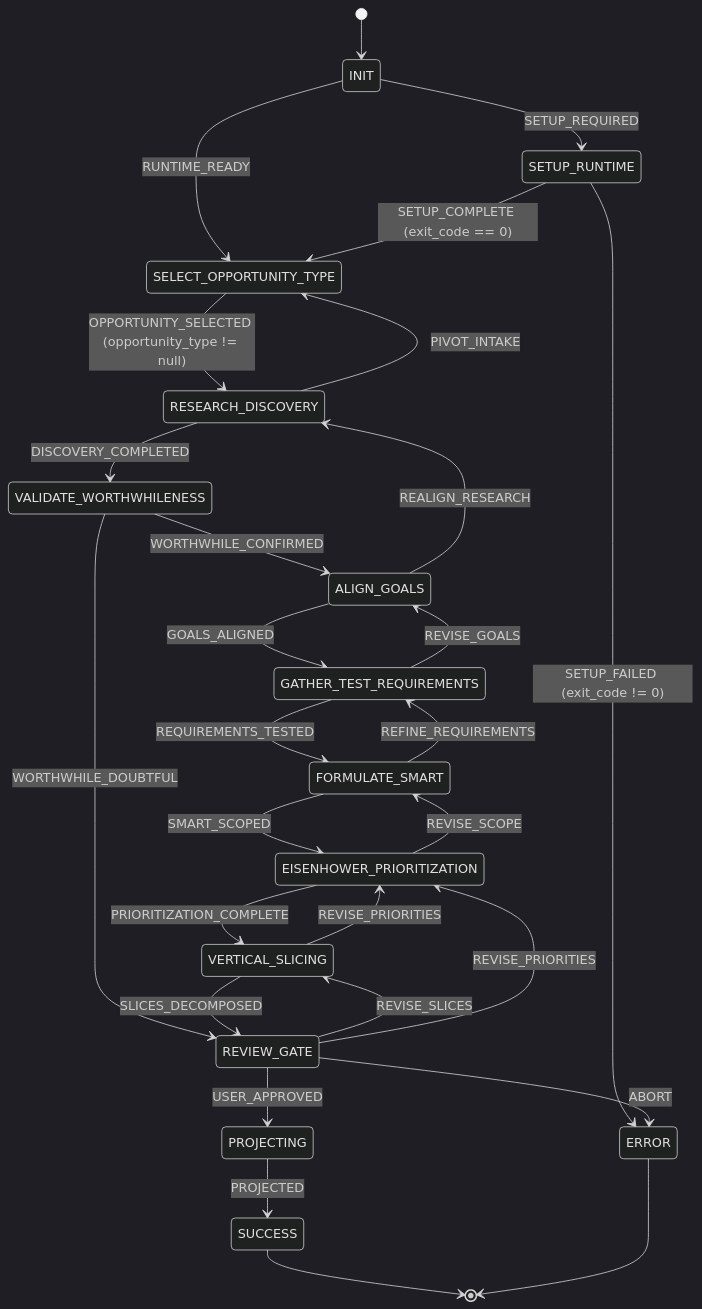
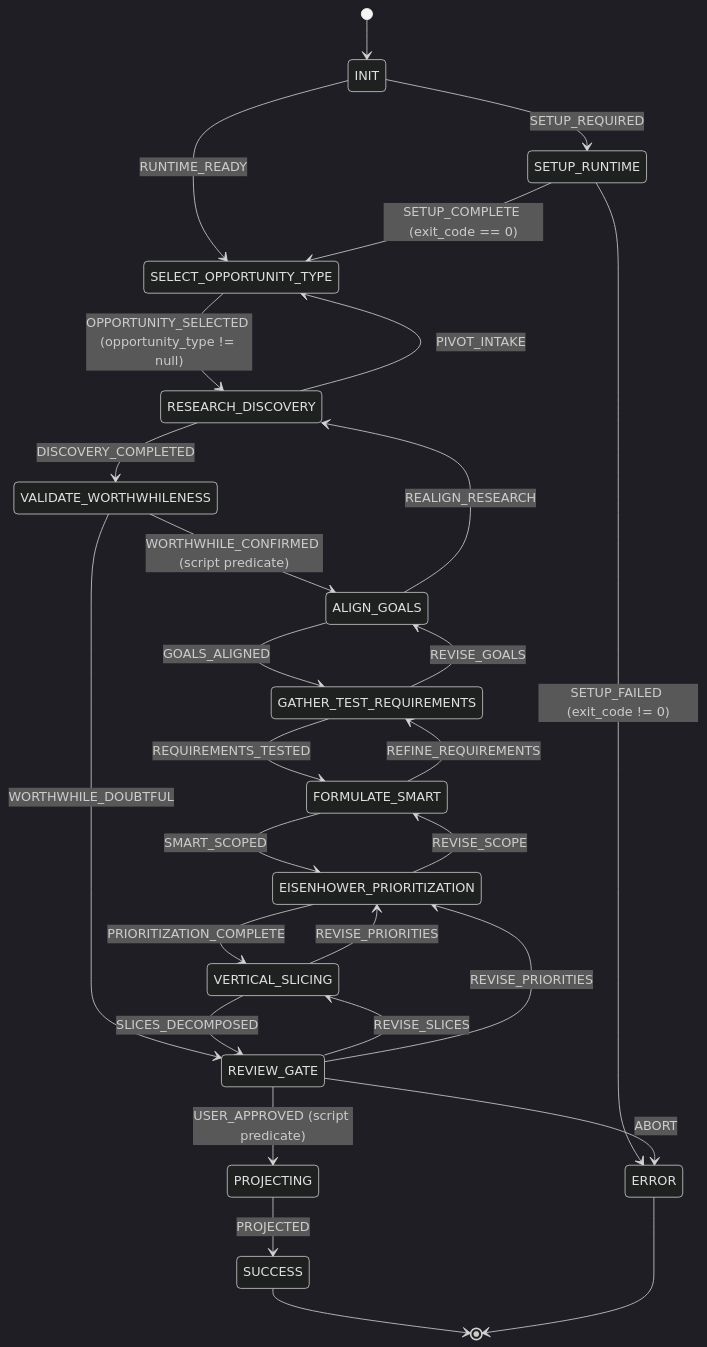
The diagram in product-manager/STATECHART.md (Reactive-Skills/skills), drawn with Mermaid (dark theme) before and after one commit. The commit also changed other lines of this file and 7 other files, not shown here.

````diff
--- a/product-manager/STATECHART.md
+++ b/product-manager/STATECHART.md
@@ -9,43 +9,43 @@
 ```mermaid
 stateDiagram-v2
     [*] --> INIT
 
     INIT --> SELECT_OPPORTUNITY_TYPE: RUNTIME_READY
     INIT --> SETUP_RUNTIME: SETUP_REQUIRED
 
     SETUP_RUNTIME --> SELECT_OPPORTUNITY_TYPE: SETUP_COMPLETE (exit_code == 0)
     SETUP_RUNTIME --> ERROR: SETUP_FAILED (exit_code != 0)
 
     SELECT_OPPORTUNITY_TYPE --> RESEARCH_DISCOVERY: OPPORTUNITY_SELECTED (opportunity_type != null)
 
     RESEARCH_DISCOVERY --> VALIDATE_WORTHWHILENESS: DISCOVERY_COMPLETED
     RESEARCH_DISCOVERY --> SELECT_OPPORTUNITY_TYPE: PIVOT_INTAKE
 
-    VALIDATE_WORTHWHILENESS --> ALIGN_GOALS: WORTHWHILE_CONFIRMED
+    VALIDATE_WORTHWHILENESS --> ALIGN_GOALS: WORTHWHILE_CONFIRMED (script predicate)
     VALIDATE_WORTHWHILENESS --> REVIEW_GATE: WORTHWHILE_DOUBTFUL
 
     ALIGN_GOALS --> GATHER_TEST_REQUIREMENTS: GOALS_ALIGNED
     ALIGN_GOALS --> RESEARCH_DISCOVERY: REALIGN_RESEARCH
 
     GATHER_TEST_REQUIREMENTS --> FORMULATE_SMART: REQUIREMENTS_TESTED
     GATHER_TEST_REQUIREMENTS --> ALIGN_GOALS: REVISE_GOALS
 
     FORMULATE_SMART --> EISENHOWER_PRIORITIZATION: SMART_SCOPED
     FORMULATE_SMART --> GATHER_TEST_REQUIREMENTS: REFINE_REQUIREMENTS
 
     EISENHOWER_PRIORITIZATION --> VERTICAL_SLICING: PRIORITIZATION_COMPLETE
     EISENHOWER_PRIORITIZATION --> FORMULATE_SMART: REVISE_SCOPE
 
     VERTICAL_SLICING --> REVIEW_GATE: SLICES_DECOMPOSED
     VERTICAL_SLICING --> EISENHOWER_PRIORITIZATION: REVISE_PRIORITIES
 
-    REVIEW_GATE --> PROJECTING: USER_APPROVED
+    REVIEW_GATE --> PROJECTING: USER_APPROVED (script predicate)
     REVIEW_GATE --> VERTICAL_SLICING: REVISE_SLICES
     REVIEW_GATE --> EISENHOWER_PRIORITIZATION: REVISE_PRIORITIES
     REVIEW_GATE --> ERROR: ABORT
 
     PROJECTING --> SUCCESS: PROJECTED
 
     SUCCESS --> [*]
     ERROR --> [*]
 ```
````
